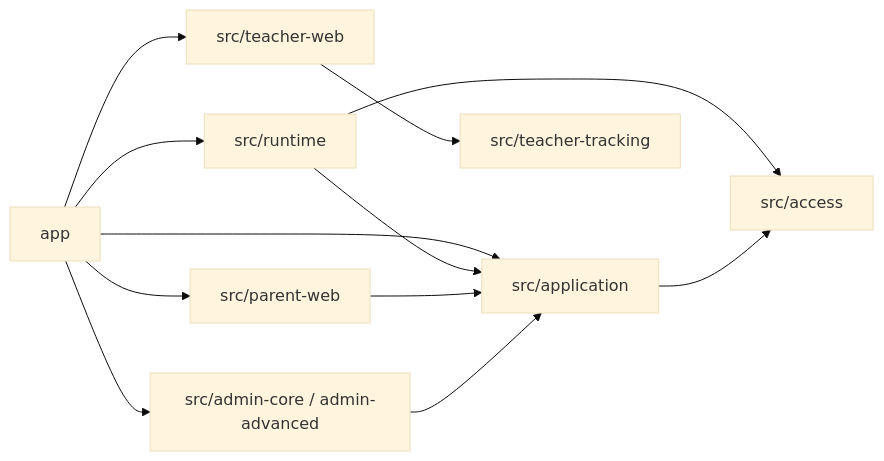
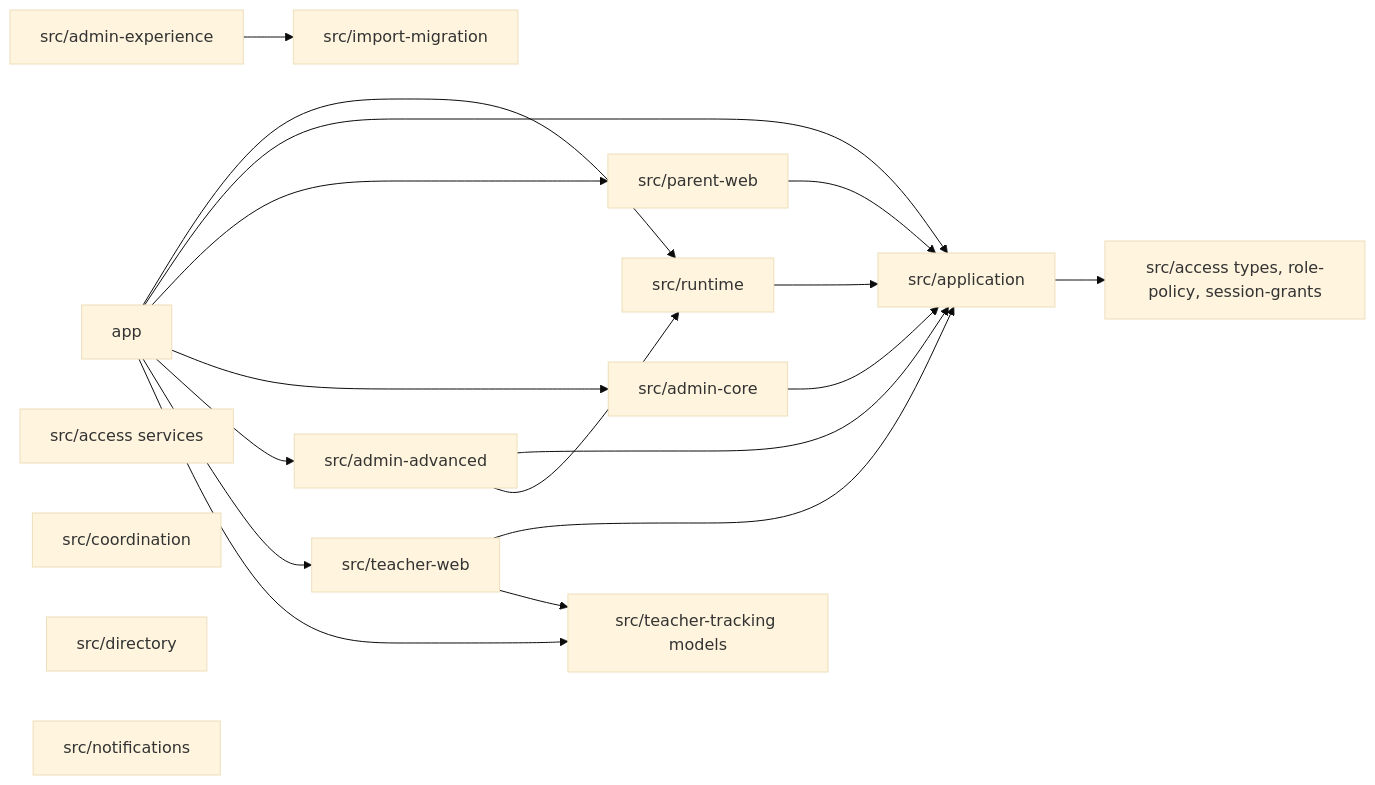
The diagram in aidlc/spaces/default/codekb/waldorf-community-task-manager/dependencies.md (bbotond83/waldorf-community-task-manager), drawn with Mermaid (base theme) before and after one commit. The commit also changed other lines of this file and 134 other files, not shown here.

````diff
--- a/aidlc/spaces/default/codekb/waldorf-community-task-manager/dependencies.md
+++ b/aidlc/spaces/default/codekb/waldorf-community-task-manager/dependencies.md
@@ -9,14 +13,23 @@
 ```mermaid
 flowchart LR
   app --> runtime[src/runtime]
   app --> application[src/application]
   app --> parentweb[src/parent-web]
+  app --> admincore[src/admin-core]
+  app --> adminadv[src/admin-advanced]
   app --> teacherweb[src/teacher-web]
-  app --> admincore[src/admin-core / admin-advanced]
+  app --> teachertracking[src/teacher-tracking models]
+  application --> accessTypes[src/access types, role-policy, session-grants]
   runtime --> application
-  runtime --> access[src/access]
-  application --> access
   parentweb --> application
-  teacherweb --> teachertracking[src/teacher-tracking]
   admincore --> application
+  adminadv --> application
+  adminadv --> runtime
+  teacherweb --> application
+  teacherweb --> teachertracking
+  adminexp[src/admin-experience] --> importmig[src/import-migration]
+  access[src/access services]
+  coordination[src/coordination]
+  directory[src/directory]
+  notifications[src/notifications]
 ```
````
